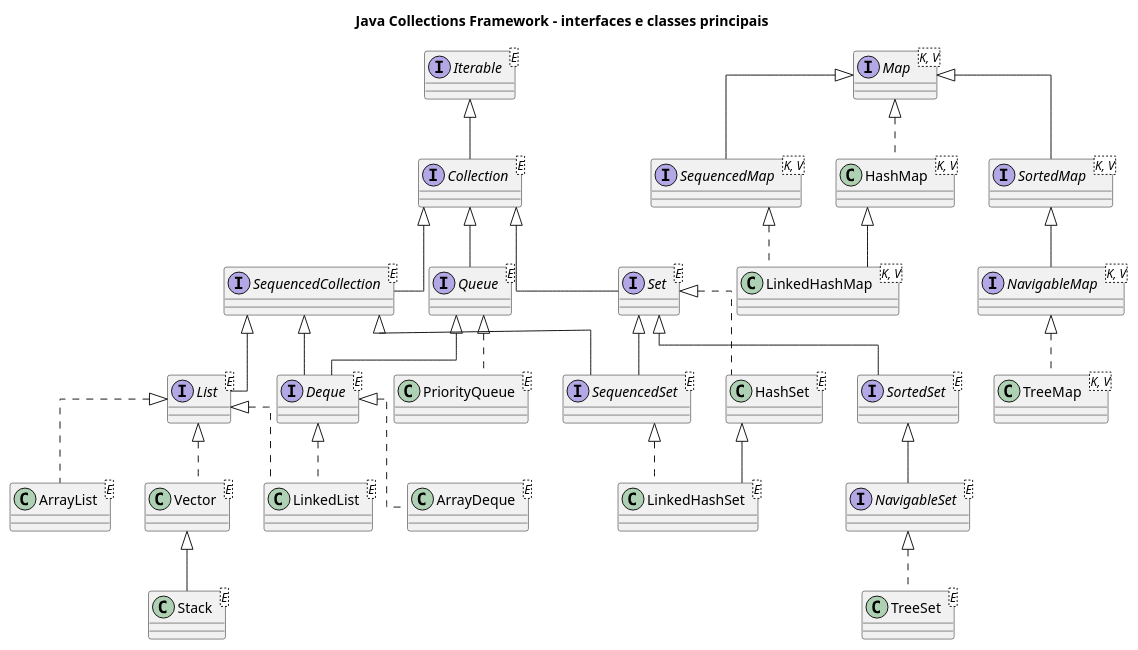
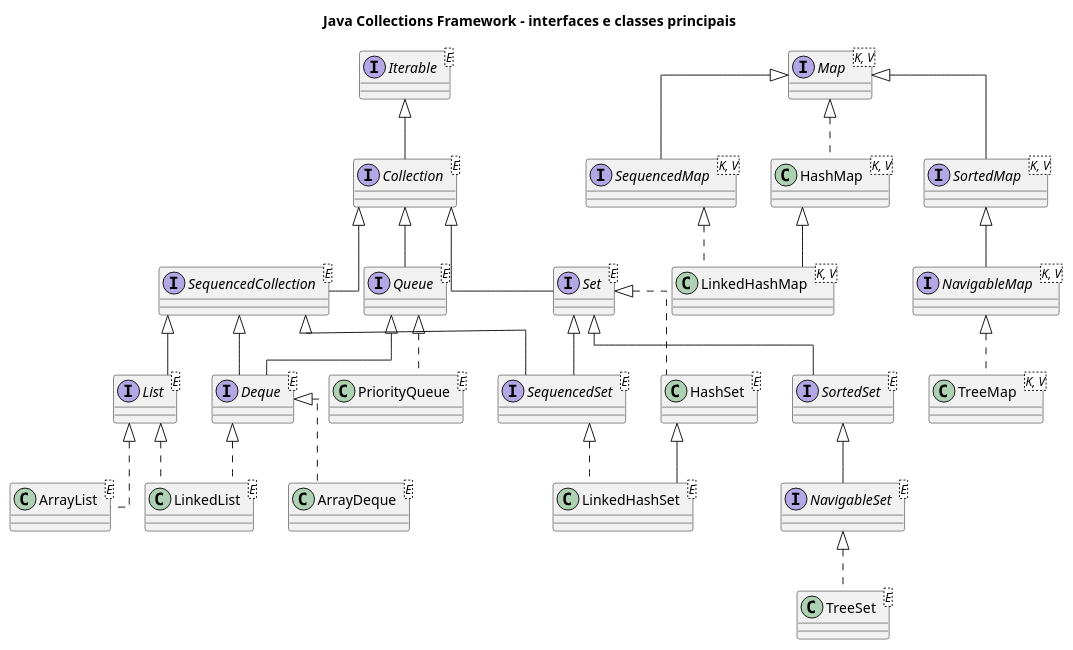
One commit to fabriciosantana/idp-marp-slides changed the diagram in subjects/poo/code/11-classes.puml. Above: the diagram before and after it, drawn with PlantUML. The commit also changed 8 other files, not shown here.

```diff
--- a/subjects/poo/code/11-classes.puml
+++ b/subjects/poo/code/11-classes.puml
@@ -1,79 +1,75 @@
 @startuml
 title Java Collections Framework - interfaces e classes principais
 
 skinparam classAttributeIconSize 0
 skinparam linetype ortho
 
 interface Iterable<E>
 interface Collection<E>
 interface SequencedCollection<E>
 
 interface List<E>
 interface Set<E>
 interface SequencedSet<E>
 interface SortedSet<E>
 interface NavigableSet<E>
 
 interface Queue<E>
 interface Deque<E>
 
 interface Map<K, V>
 interface SequencedMap<K, V>
 interface SortedMap<K, V>
 interface NavigableMap<K, V>
 
 class ArrayList<E>
 class LinkedList<E>
-class Vector<E>
-class Stack<E>
 
 class HashSet<E>
 class LinkedHashSet<E>
 class TreeSet<E>
 
 class PriorityQueue<E>
 class ArrayDeque<E>
 
 class HashMap<K, V>
 class LinkedHashMap<K, V>
 class TreeMap<K, V>
 
 Iterable <|-- Collection
 
 Collection <|-- SequencedCollection
 SequencedCollection <|-- List
 SequencedCollection <|-- SequencedSet
 SequencedCollection <|-- Deque
 
 Collection <|-- Set
 Set <|-- SequencedSet
 Set <|-- SortedSet
 SortedSet <|-- NavigableSet
 
 Collection <|-- Queue
 Queue <|-- Deque
 
 Map <|-- SequencedMap
 Map <|-- SortedMap
 SortedMap <|-- NavigableMap
 
 List <|.. ArrayList
 List <|.. LinkedList
 Deque <|.. LinkedList
-List <|.. Vector
-Vector <|-- Stack
 
 Set <|.. HashSet
 SequencedSet <|.. LinkedHashSet
 HashSet <|-- LinkedHashSet
 NavigableSet <|.. TreeSet
 
 Queue <|.. PriorityQueue
 Deque <|.. ArrayDeque
 
 Map <|.. HashMap
 SequencedMap <|.. LinkedHashMap
 HashMap <|-- LinkedHashMap
 NavigableMap <|.. TreeMap
 
 @enduml
```
